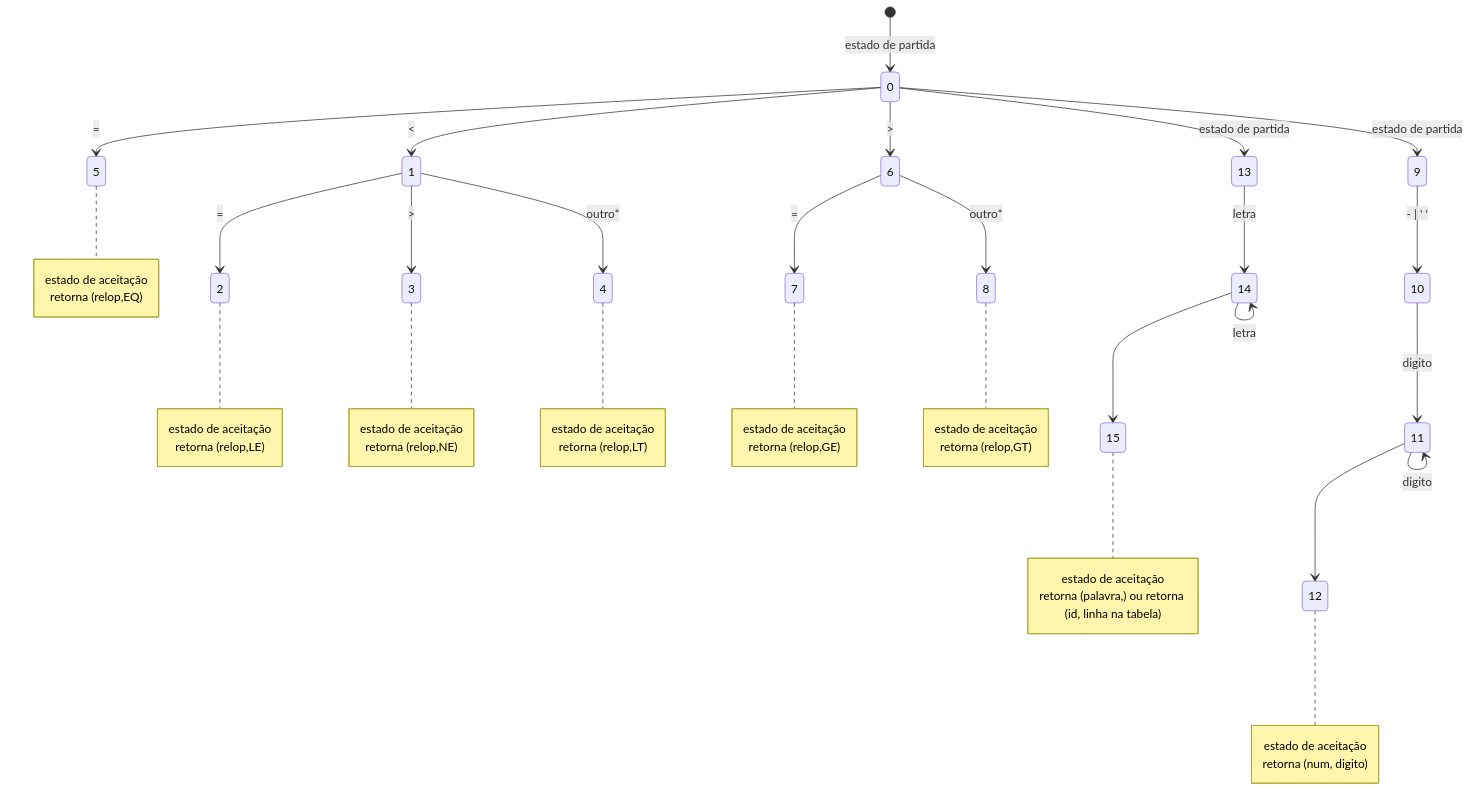
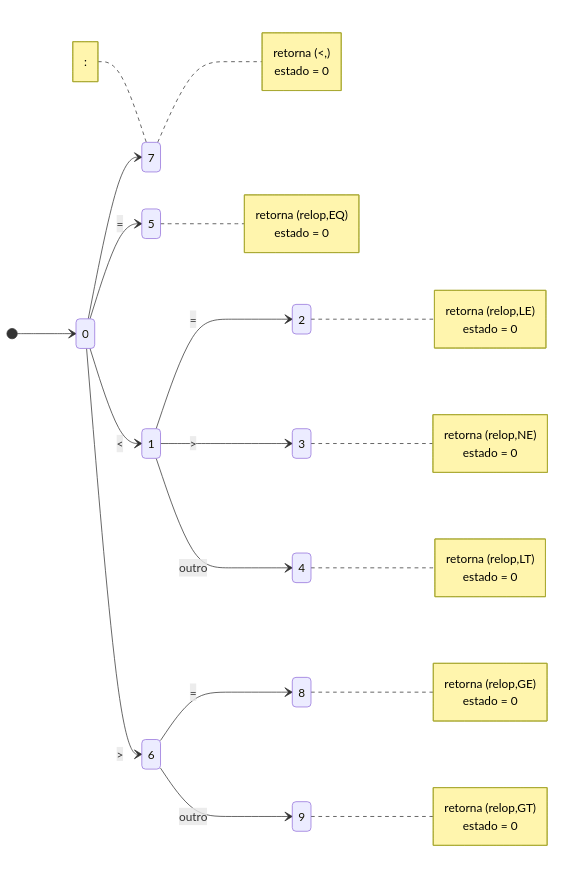
The first of 3 diagrams in teoria da computacao/Trabalho/README.md (lucas-lobato/UERJ), drawn with Mermaid before and after one commit. The commit also changed other lines of this file, not shown here.

Commit message:
feat: atulização dos diagramas de estado

````diff
--- a/teoria da computacao/Trabalho/README.md
+++ b/teoria da computacao/Trabalho/README.md
@@ -12,57 +16,45 @@
 ```mermaid
 stateDiagram-v2
-    state 8
-    [*] --> 0: estado de partida
+    direction LR
+    [*] --> 0
     0 --> 1: <
+    0 --> 5: =
+    0 --> 6: >
+    0 --> 7: 
+    note left of 7
+        :
+    end note
     1 --> 2: =
     1 --> 3: >
-    1 --> 4: outro*
+    1 --> 4: outro
     note right of 2
-        estado de aceitação
         retorna (relop,LE)
+        estado = 0
     end note
     note right of 3
-        estado de aceitação
         retorna (relop,NE)
+        estado = 0
     end note
     note right of 4
-        estado de aceitação
         retorna (relop,LT)
+        estado = 0
     end note
-    0 --> 6: >
-    0 --> 5: =
     note right of 5
-        estado de aceitação
         retorna (relop,EQ)
+        estado = 0
     end note
-    6 --> 7: =
     note right of 7
-        estado de aceitação
+        retorna (<,)
+        estado = 0
+    end note
+    6 --> 8: =
+    6 --> 9: outro
+    note right of 8
         retorna (relop,GE)
+        estado = 0
     end note
-    6 --> 8: outro*
-    note right of 8
-        estado de aceitação
+    note right of 9
         retorna (relop,GT)
+        estado = 0
     end note
-
-    0 --> 9: estado de partida
-    9 --> 10: - | ' '
-    10 --> 11: digito
-    11 --> 11: digito
-    11 --> 12
-    note right of 12
-        estado de aceitação
-        retorna (num, digito)
-    end note
-
-    0 --> 13: estado de partida
-    13 --> 14: letra
-    14 --> 14: letra
-    14 --> 15
-    note right of 15
-        estado de aceitação
-        retorna (palavra,) ou retorna (id, linha na tabela)
-    end note
-    
 ```
````
